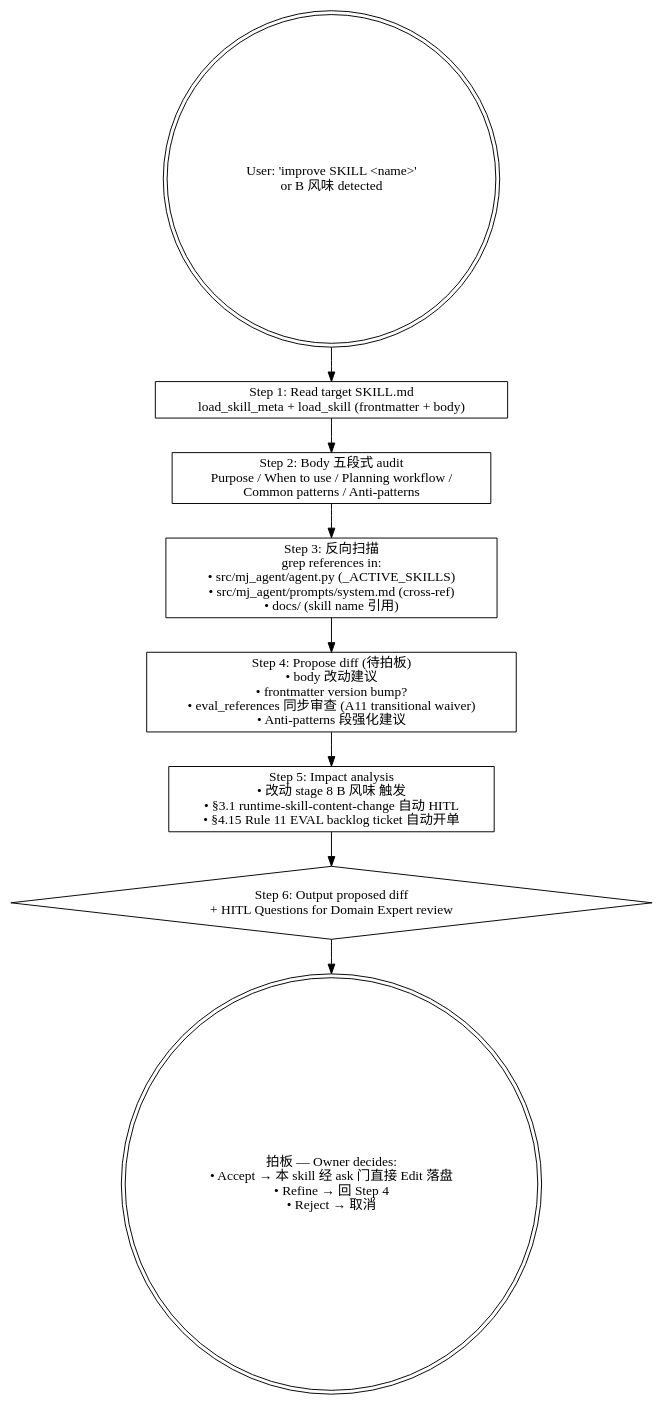
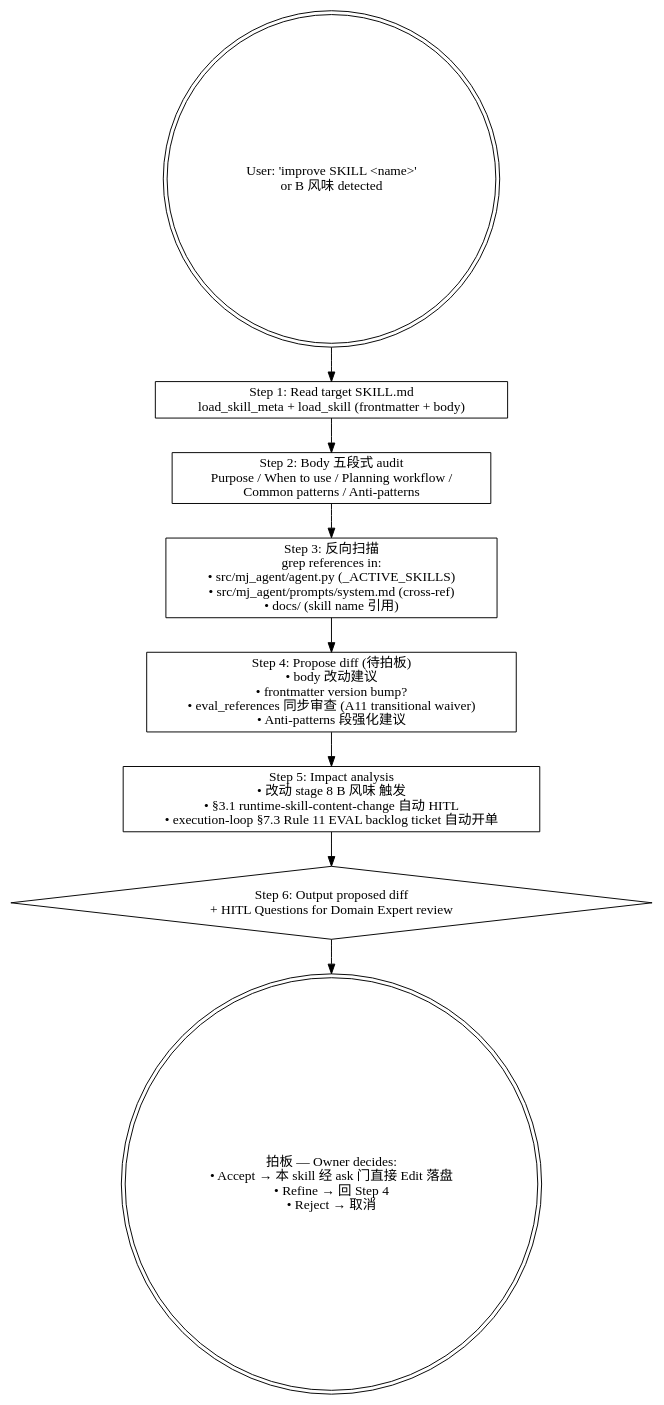
One commit to MJ-AgentLab/mj-agent changed the diagram in .claude/skills/mj-agent-runtime-skill-doc-improve/SKILL.md. Above: the diagram before and after it, drawn with Graphviz. The commit also changed 7 other files, not shown here.

````diff
--- a/.claude/skills/mj-agent-runtime-skill-doc-improve/SKILL.md
+++ b/.claude/skills/mj-agent-runtime-skill-doc-improve/SKILL.md
@@ -44,22 +44,22 @@
 ```dot
 digraph improve {
   rankdir=TB;
   start [label="User: 'improve SKILL <name>'\nor B 风味 detected" shape=doublecircle];
 
   s1 [label="Step 1: Read target SKILL.md\nload_skill_meta + load_skill (frontmatter + body)" shape=box];
 
   s2 [label="Step 2: Body 五段式 audit\nPurpose / When to use / Planning workflow /\nCommon patterns / Anti-patterns" shape=box];
 
   s3 [label="Step 3: 反向扫描\ngrep references in:\n• src/mj_agent/agent.py (_ACTIVE_SKILLS)\n• src/mj_agent/prompts/system.md (cross-ref)\n• docs/ (skill name 引用)" shape=box];
 
   s4 [label="Step 4: Propose diff (待拍板)\n• body 改动建议\n• frontmatter version bump?\n• eval_references 同步审查 (A11 transitional waiver)\n• Anti-patterns 段强化建议" shape=box];
 
-  s5 [label="Step 5: Impact analysis\n• 改动 stage 8 B 风味 触发\n• §3.1 runtime-skill-content-change 自动 HITL\n• §4.15 Rule 11 EVAL backlog ticket 自动开单" shape=box];
+  s5 [label="Step 5: Impact analysis\n• 改动 stage 8 B 风味 触发\n• §3.1 runtime-skill-content-change 自动 HITL\n• execution-loop §7.3 Rule 11 EVAL backlog ticket 自动开单" shape=box];
 
   s6 [label="Step 6: Output proposed diff\n+ HITL Questions for Domain Expert review" shape=diamond];
 
   hitl [label="拍板 — Owner decides:\n• Accept → 本 skill 经 ask 门直接 Edit 落盘\n• Refine → 回 Step 4\n• Reject → 取消" shape=doublecircle];
 
   start -> s1 -> s2 -> s3 -> s4 -> s5 -> s6 -> hitl;
 }
 ```
````
